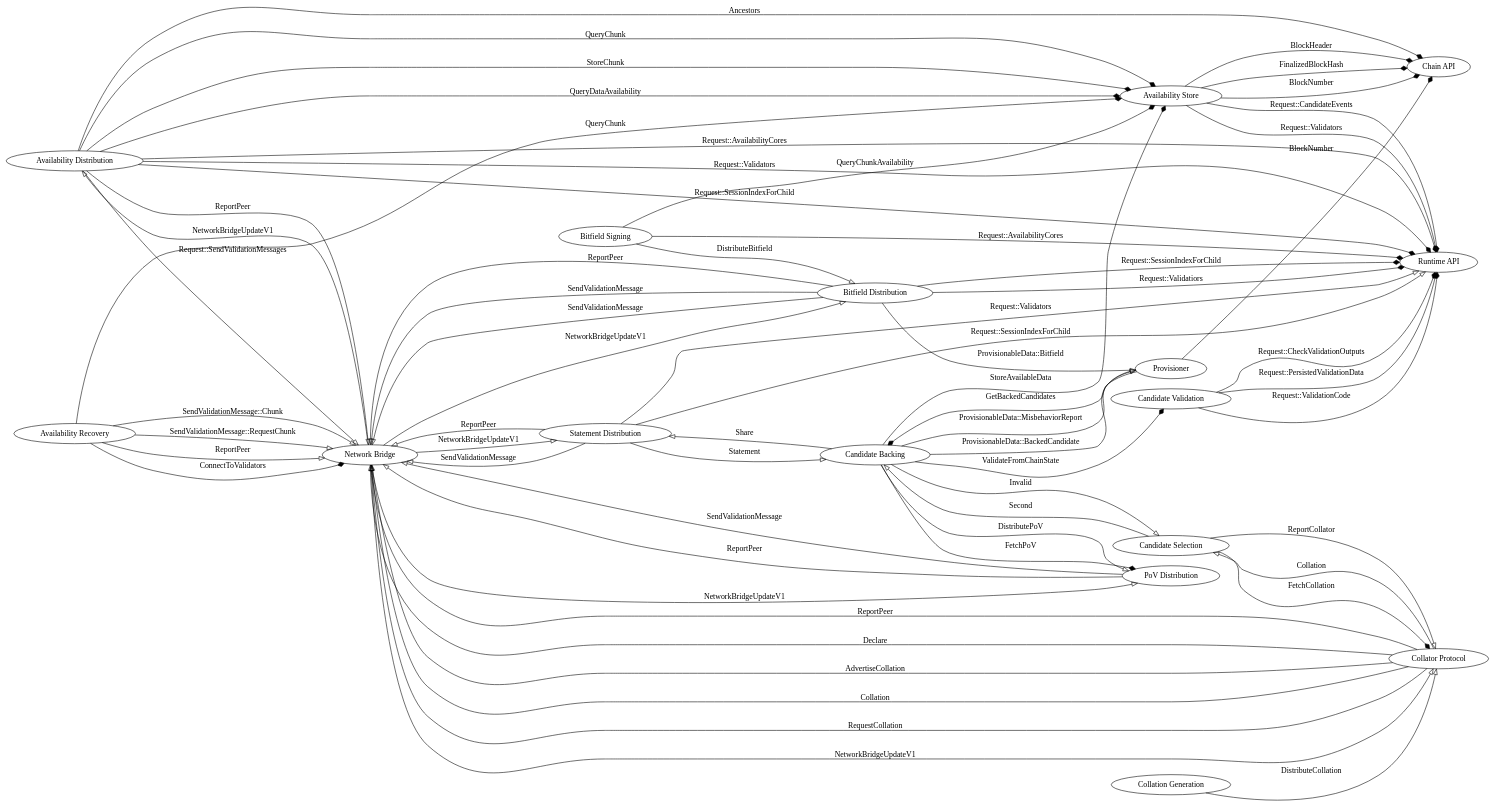
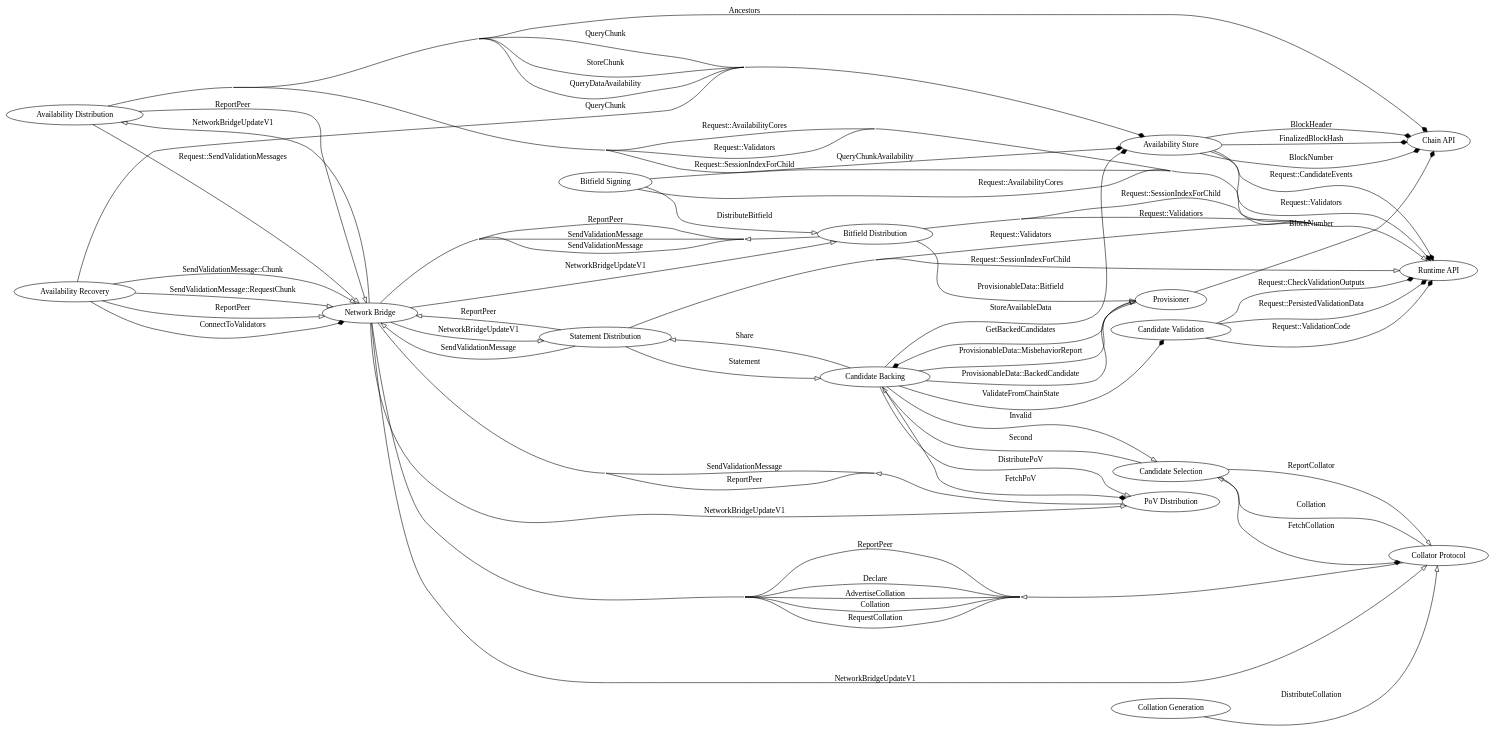
Before and after one commit to paritytech/polkadot: the diagram in roadmap/implementers-guide/src/node/subsystems-and-jobs.md, drawn with Graphviz.

Commit message:
reduce line spam

```diff
--- a/roadmap/implementers-guide/src/node/subsystems-and-jobs.md
+++ b/roadmap/implementers-guide/src/node/subsystems-and-jobs.md
@@ -25,6 +25,7 @@
 digraph {
     rankdir=LR;
     node [shape = oval];
+    concentrate = true;
 
     av_store    [label = "Availability Store"]
     avail_dist  [label = "Availability Distribution"]
```
